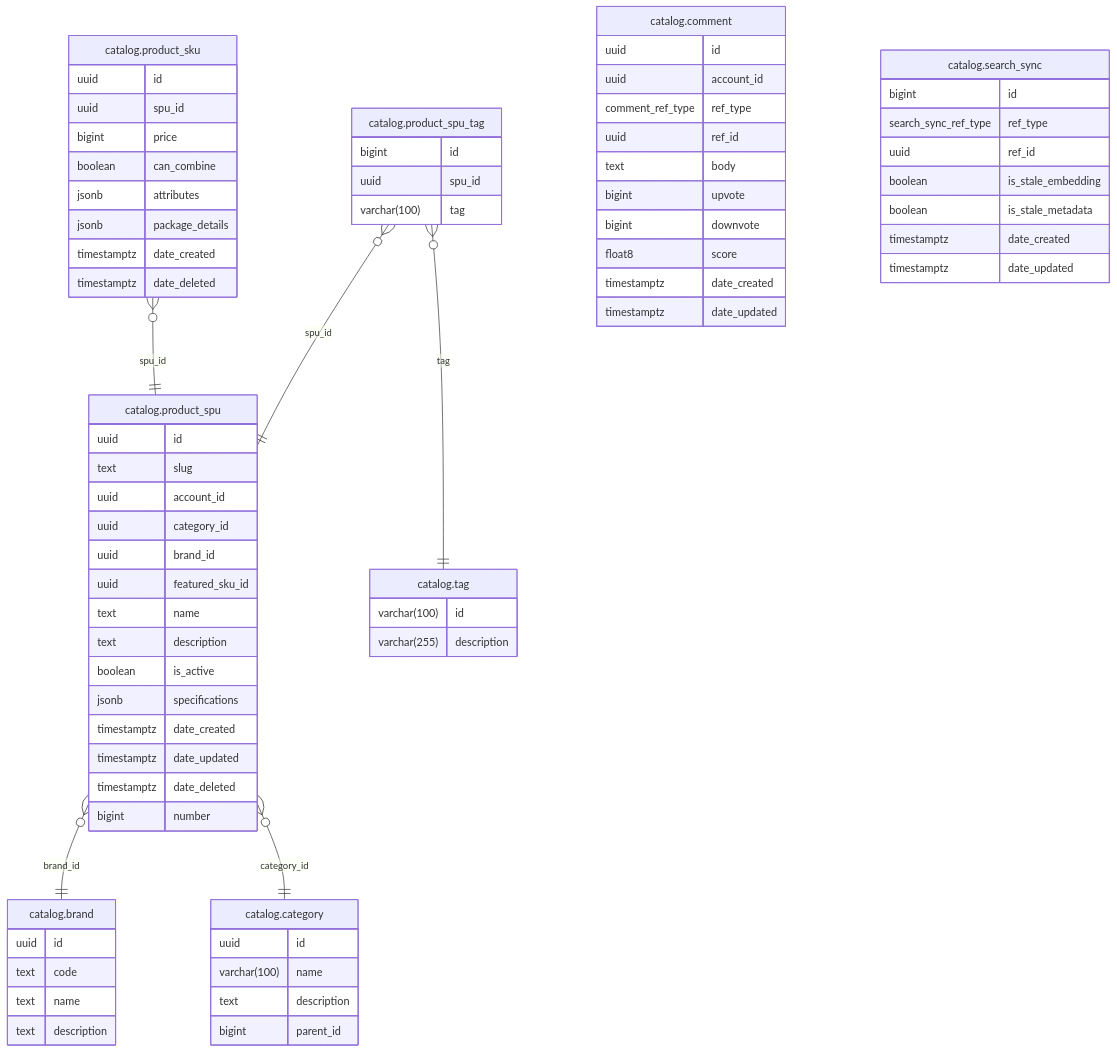
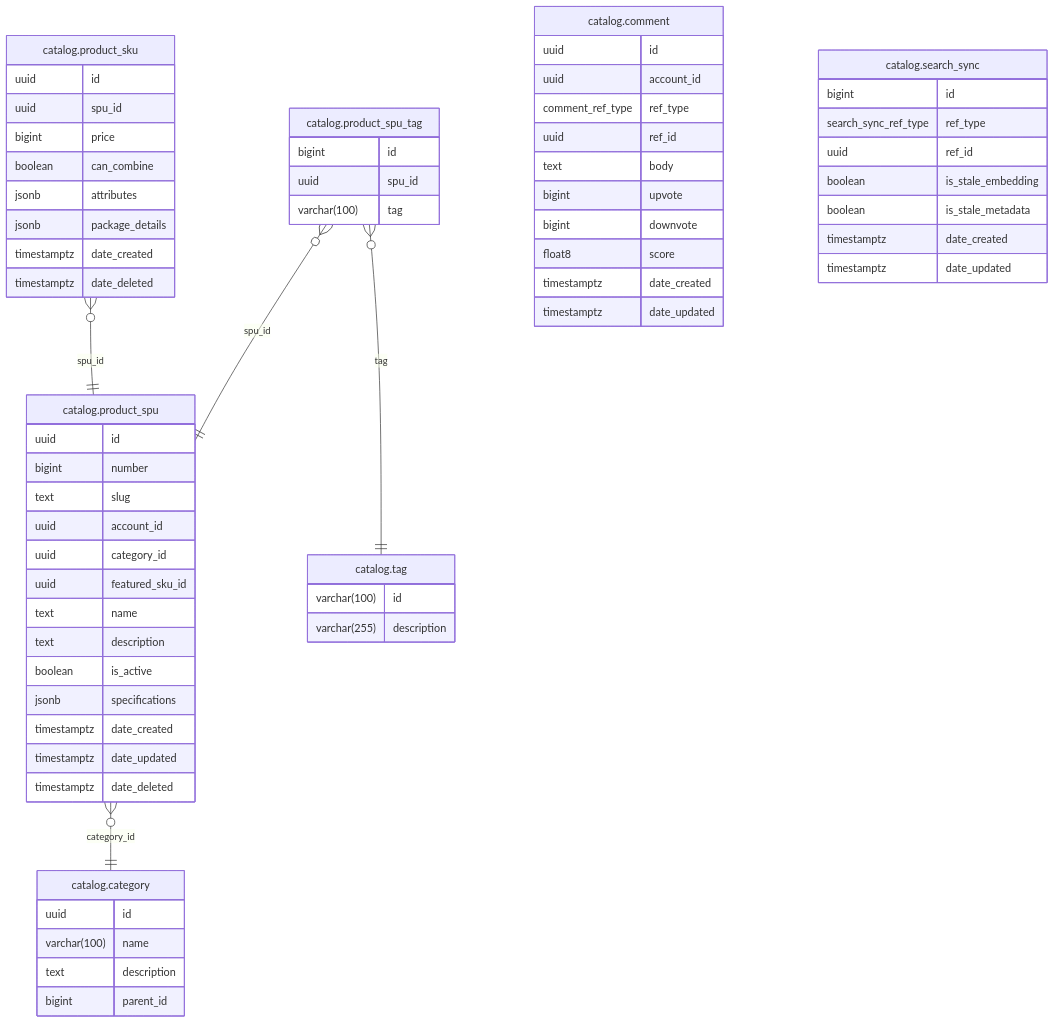
Before and after one commit to shopnexus/shopnexus-server: the diagram in internal/module/catalog/README.md, drawn with Mermaid. The commit also changed other lines of this file and 7 other files, not shown here.

````diff
--- a/internal/module/catalog/README.md
+++ b/internal/module/catalog/README.md
@@ -11,77 +11,69 @@
 ```mermaid
 erDiagram
-"catalog.product_spu" }o--|| "catalog.brand" : "brand_id"
 "catalog.product_spu" }o--|| "catalog.category" : "category_id"
 "catalog.product_sku" }o--|| "catalog.product_spu" : "spu_id"
 "catalog.product_spu_tag" }o--|| "catalog.product_spu" : "spu_id"
 "catalog.product_spu_tag" }o--|| "catalog.tag" : "tag"
 
-"catalog.brand" {
-  uuid id
-  text code
-  text name
-  text description
-}
 "catalog.category" {
   uuid id
   varchar(100) name
   text description
   bigint parent_id
 }
 "catalog.comment" {
   uuid id
   uuid account_id
   comment_ref_type ref_type
   uuid ref_id
   text body
   bigint upvote
   bigint downvote
   float8 score
   timestamptz date_created
   timestamptz date_updated
 }
 "catalog.product_sku" {
   uuid id
   uuid spu_id
   bigint price
   boolean can_combine
   jsonb attributes
   jsonb package_details
   timestamptz date_created
   timestamptz date_deleted
 }
 "catalog.product_spu" {
   uuid id
+  bigint number
   text slug
   uuid account_id
   uuid category_id
-  uuid brand_id
   uuid featured_sku_id
   text name
   text description
   boolean is_active
   jsonb specifications
   timestamptz date_created
   timestamptz date_updated
   timestamptz date_deleted
-  bigint number
 }
 "catalog.product_spu_tag" {
   bigint id
   uuid spu_id
   varchar(100) tag
 }
 "catalog.search_sync" {
   bigint id
   search_sync_ref_type ref_type
   uuid ref_id
   boolean is_stale_embedding
   boolean is_stale_metadata
   timestamptz date_created
   timestamptz date_updated
 }
 "catalog.tag" {
   varchar(100) id
   varchar(255) description
 }
 ```
````
